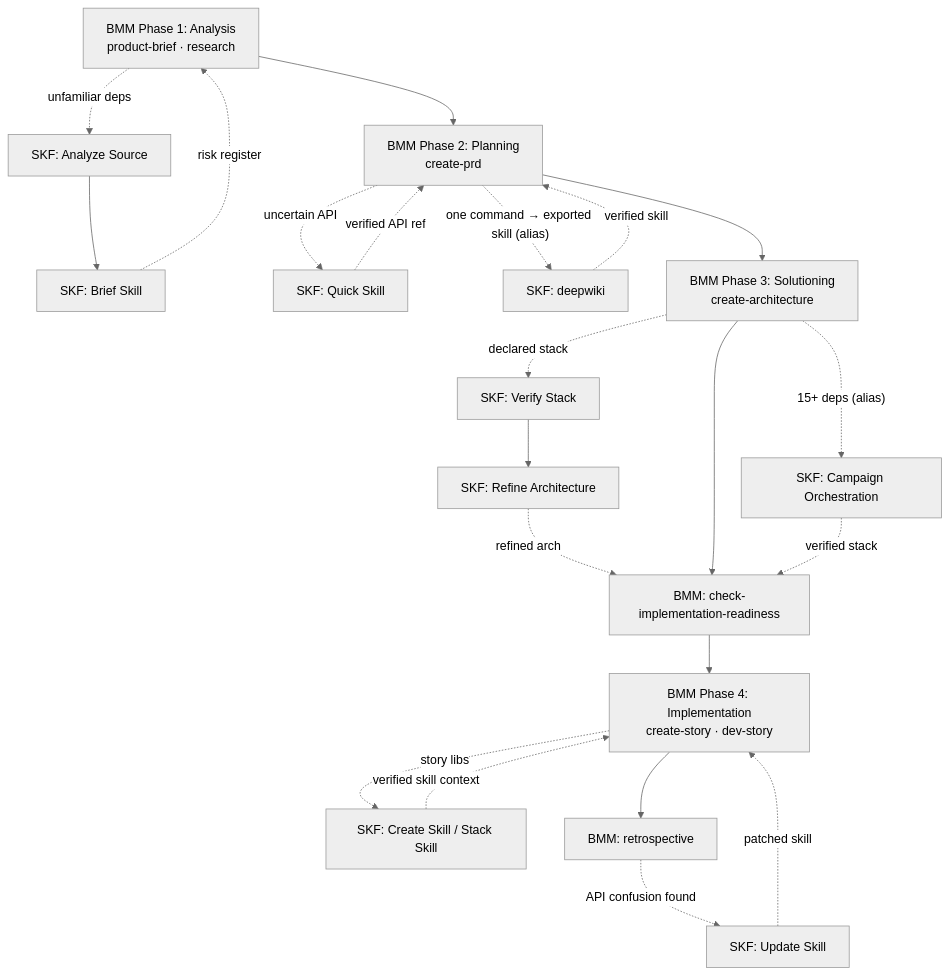
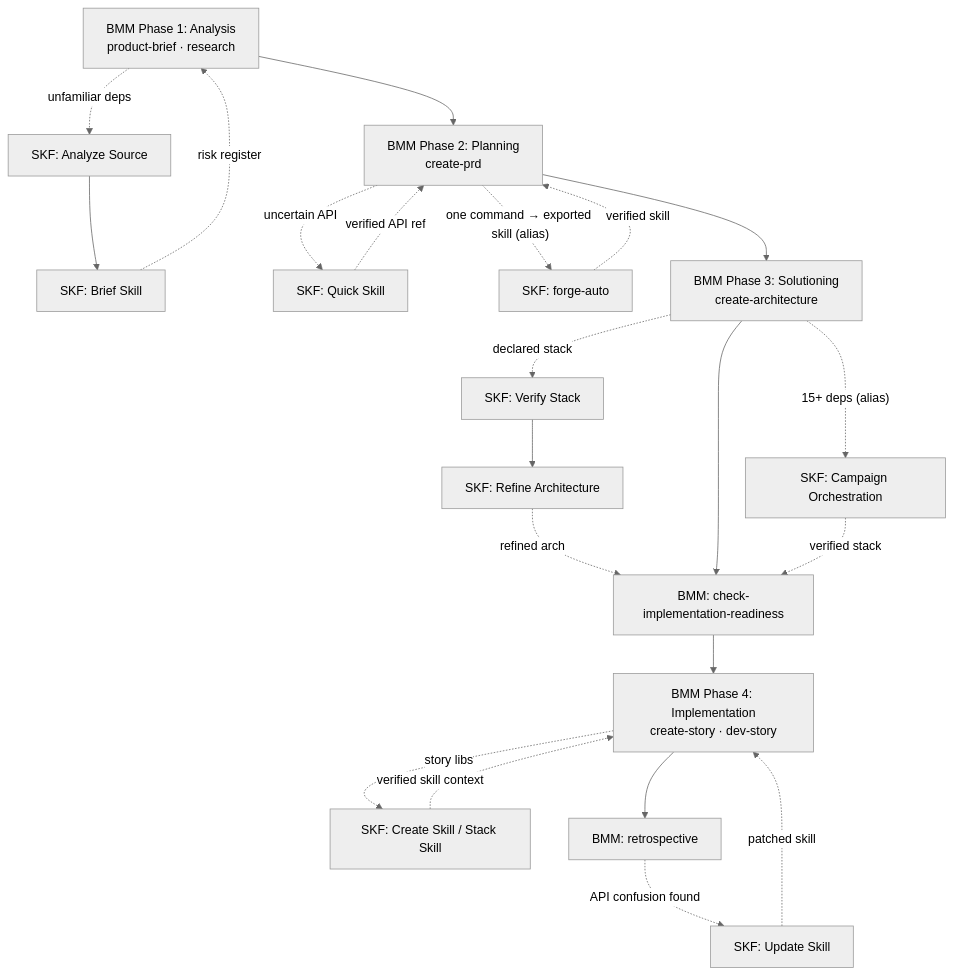
One commit to armelhbobdad/bmad-module-skill-forge changed the first of 3 diagrams in docs/bmad-synergy.md. Above: the diagram before and after it, drawn with Mermaid (neutral theme). The commit also changed other lines of this file and 22 other files, not shown here.

First line of the commit message:
refactor(forger): rename the deepwiki pipeline alias to forge-auto

````diff
--- a/docs/bmad-synergy.md
+++ b/docs/bmad-synergy.md
@@ -50,28 +50,28 @@
 ```mermaid
 flowchart TD
     P1[BMM Phase 1: Analysis<br/>product-brief · research] -.->|unfamiliar deps| AN[SKF: Analyze Source]
     AN --> BS[SKF: Brief Skill]
     BS -.->|risk register| P1
 
     P1 --> P2[BMM Phase 2: Planning<br/>create-prd]
     P2 -.->|uncertain API| QS[SKF: Quick Skill]
     QS -.->|verified API ref| P2
-    P2 -.->|"one command → exported skill (alias)"| DW[SKF: deepwiki]
+    P2 -.->|"one command → exported skill (alias)"| DW[SKF: forge-auto]
     DW -.->|verified skill| P2
 
     P2 --> P3[BMM Phase 3: Solutioning<br/>create-architecture]
     P3 -.->|declared stack| VS[SKF: Verify Stack]
     VS --> RA[SKF: Refine Architecture]
     RA -.->|refined arch| P3b[BMM: check-implementation-readiness]
     P3 --> P3b
     P3 -.->|"15+ deps (alias)"| CAMP[SKF: Campaign Orchestration]
     CAMP -.->|verified stack| P3b
 
     P3b --> P4[BMM Phase 4: Implementation<br/>create-story · dev-story]
     P4 -.->|story libs| CS[SKF: Create Skill / Stack Skill]
     CS -.->|verified skill context| P4
 
     P4 --> RETRO[BMM: retrospective]
     RETRO -.->|API confusion found| US[SKF: Update Skill]
     US -.->|patched skill| P4
 ```
````
